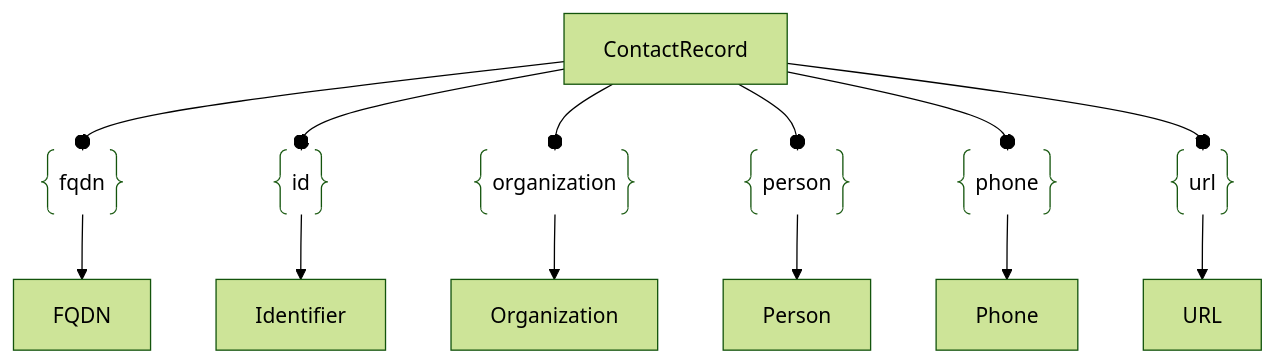
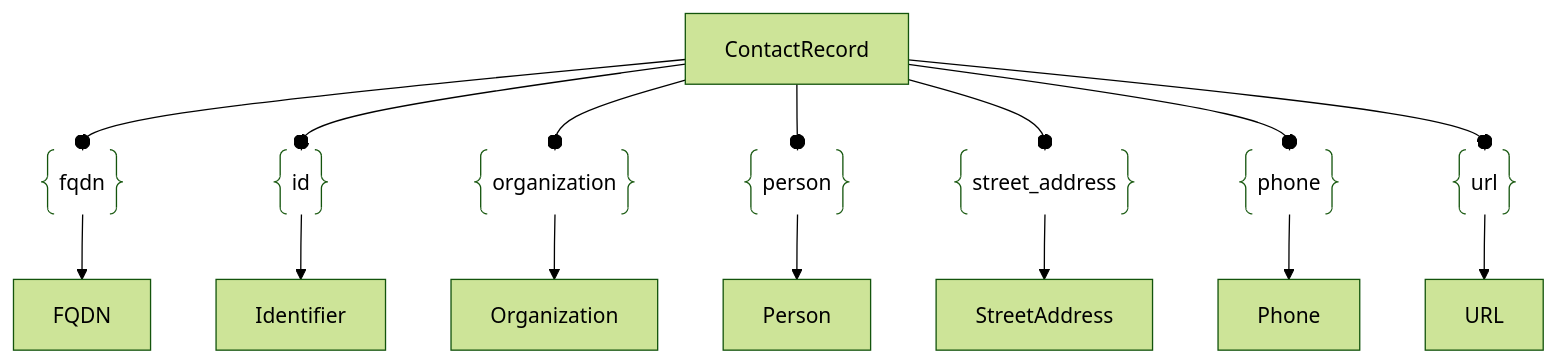
Before and after one commit to owasp-amass/docs: the diagram in docs/open_asset_model/assets/contact_record.md, drawn with Mermaid (forest theme). The commit also changed other lines of this file and 105 other files, not shown here.

````diff
--- a/docs/open_asset_model/assets/contact_record.md
+++ b/docs/open_asset_model/assets/contact_record.md
@@ -20,34 +32,39 @@
 ```mermaid
 graph TD
 contact["ContactRecord"]
 fqdn["FQDN"]
 
 simple1@{ shape: braces, label: "fqdn"}
 contact --o simple1
 simple1 --> fqdn
 
 id["Identifier"]
 simple2@{ shape: braces, label: "id"}
 contact --o simple2
 simple2 --> id
 
 org["Organization"]
 simple3@{ shape: braces, label: "organization"}
 contact --o simple3
 simple3 --> org
 
 person["Person"]
 simple4@{ shape: braces, label: "person"}
 contact --o simple4
 simple4 --> person
 
+loc["StreetAddress"]
+simple7@{ shape: braces, label: "street_address"}
+contact --o simple7
+simple7 --> loc
+
 phone["Phone"]
 simple5@{ shape: braces, label: "phone"}
 contact --o simple5
 simple5 --> phone
 
 url["URL"]
 simple6@{ shape: braces, label: "url"}
 contact --o simple6
 simple6 --> url
 ```
````
